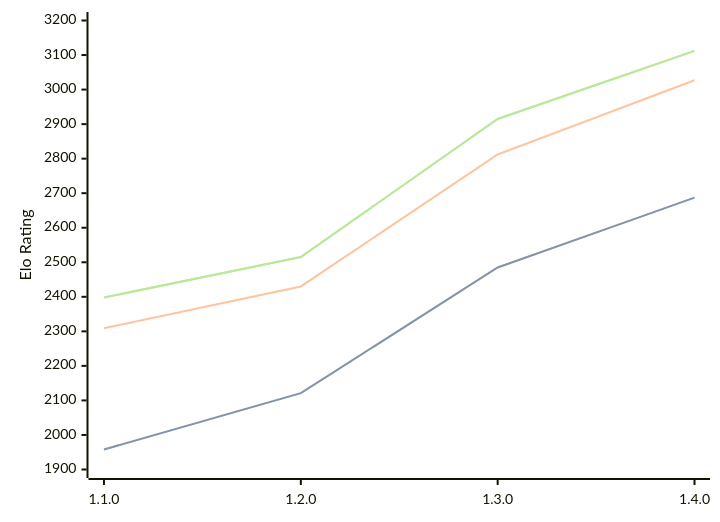
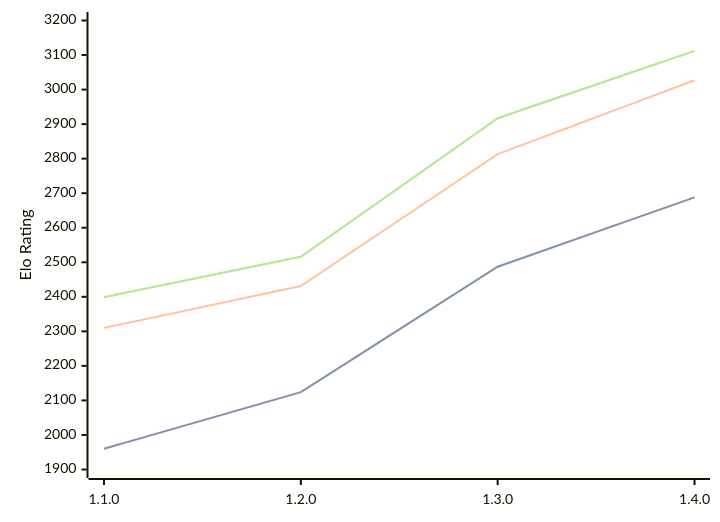
One commit to computer-chess-index/cci changed the diagram in engines/Gyatso.md. Above: the diagram before and after it, drawn with Mermaid. The commit also changed other lines of this file, not shown here.

Commit message:
Update CCI Ratings (ELO VLTC) - 2026-08-22

````diff
--- a/engines/Gyatso.md
+++ b/engines/Gyatso.md
@@ -36,11 +36,11 @@
 ```mermaid
 %%{init: {"theme":"base","themeVariables":{"seriesColors:['#a3a3a3','#222221','#faa371']}}}%%
 xychart-beta
   x-axis ["1.1.0", "1.2.0", "1.3.0", "1.4.0"]
   y-axis "Elo Rating" 1900 --> 3200
-  line "STC (8.0+0.08s)" [1958, 2121, 2485, 2687]
-  line "STC (8.0+0.08s)" [1958, 2121, 2485, 2687]
-  line "LTC (60.0+0.60s)" [2309, 2430, 2812, 3027]
-  line "VLTC (2m24s+1.12s)" [2398, 2515, 2915, 3112]
-  line "VLTC (2m24s+1.12s)" [2398, 2515, 2915, 3112]
+  line "STC (8.0+0.08s)" [1960, 2124, 2487, 2688]
+  line "STC (8.0+0.08s)" [1960, 2124, 2487, 2688]
+  line "LTC (60.0+0.60s)" [2310, 2431, 2813, 3027]
+  line "VLTC (2m24s+1.12s)" [2399, 2516, 2917, 3112]
+  line "VLTC (2m24s+1.12s)" [2399, 2516, 2917, 3112]
 ```
````
